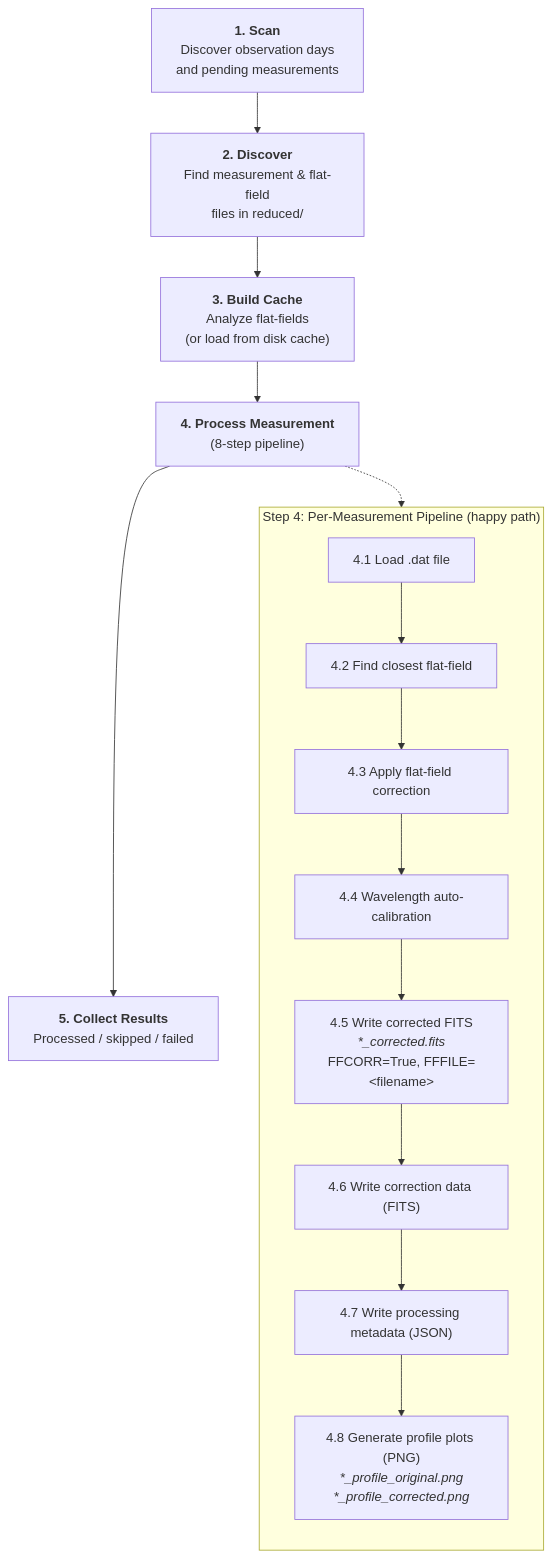
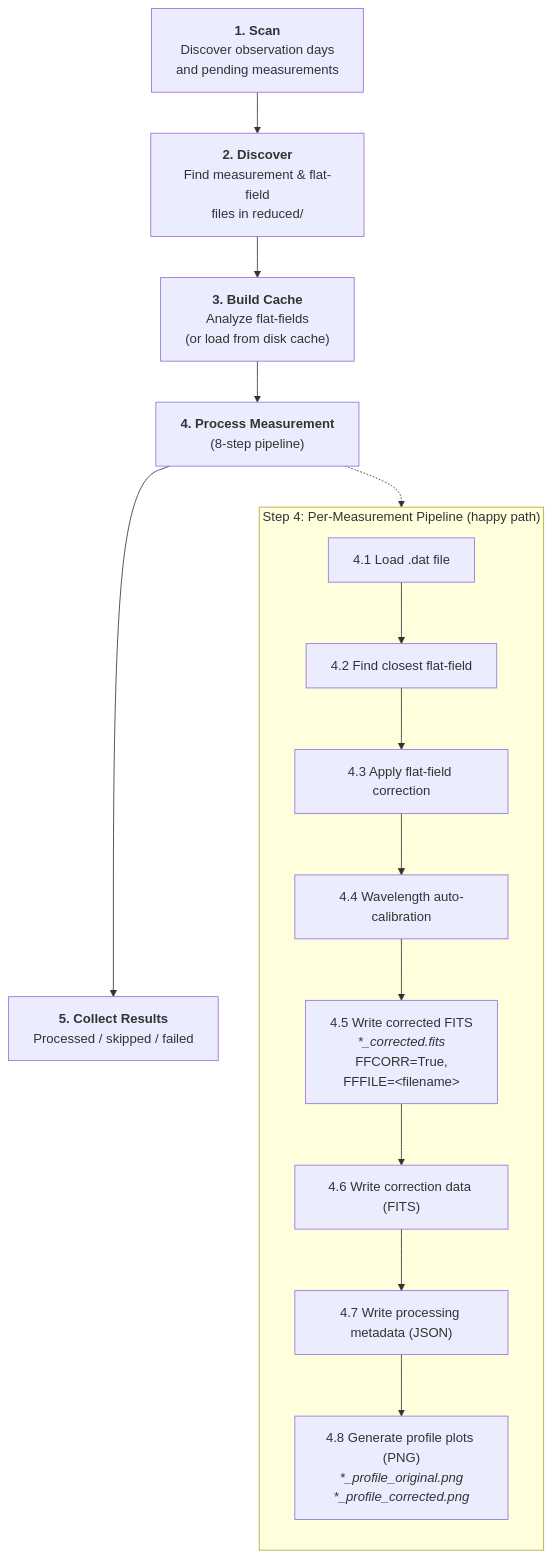
The first of 5 diagrams in docs/pipeline/pipeline_overview.md (cdeldon/irsol-data-pipeline), drawn with Mermaid before and after one commit. The commit also changed other lines of this file and 2 other files, not shown here.

````diff
--- a/docs/pipeline/pipeline_overview.md
+++ b/docs/pipeline/pipeline_overview.md
@@ -9,26 +9,26 @@
 ```mermaid
 flowchart TD
     SCAN["<b>1. Scan</b><br/>Discover observation days<br/>and pending measurements"]
     DISCOVER["<b>2. Discover</b><br/>Find measurement & flat-field<br/>files in reduced/"]
     CACHE["<b>3. Build Cache</b><br/>Analyze flat-fields<br/>(or load from disk cache)"]
     PROCESS["<b>4. Process Measurement</b><br/>(8-step pipeline)"]
     RESULT["<b>5. Collect Results</b><br/>Processed / skipped / failed"]
 
     SCAN --> DISCOVER --> CACHE --> PROCESS --> RESULT
 
     subgraph "Step 4: Per-Measurement Pipeline (happy path)"
         direction TB
         P1["4.1 Load .dat file"]
         P2["4.2 Find closest flat-field"]
         P3["4.3 Apply flat-field correction"]
         P4["4.4 Wavelength auto-calibration"]
-        P5["4.5 Write corrected FITS<br/><i>*_corrected.fits</i><br/>FFCORR=True, FFFILE=&lt;filename&gt;"]
+        P5["4.5 Write corrected FITS<br/><i>*_corrected.fits</i><br/>FFCORR=True,<br/>FFFILE=&lt;filename&gt;"]
         P6["4.6 Write correction data (FITS)"]
         P7["4.7 Write processing metadata (JSON)"]
         P8["4.8 Generate profile plots (PNG)<br/><i>*_profile_original.png</i><br/><i>*_profile_corrected.png</i>"]
 
         P1 --> P2 --> P3 --> P4 --> P5 --> P6 --> P7 --> P8
     end
 
     PROCESS -.-> P1
 ```
````
